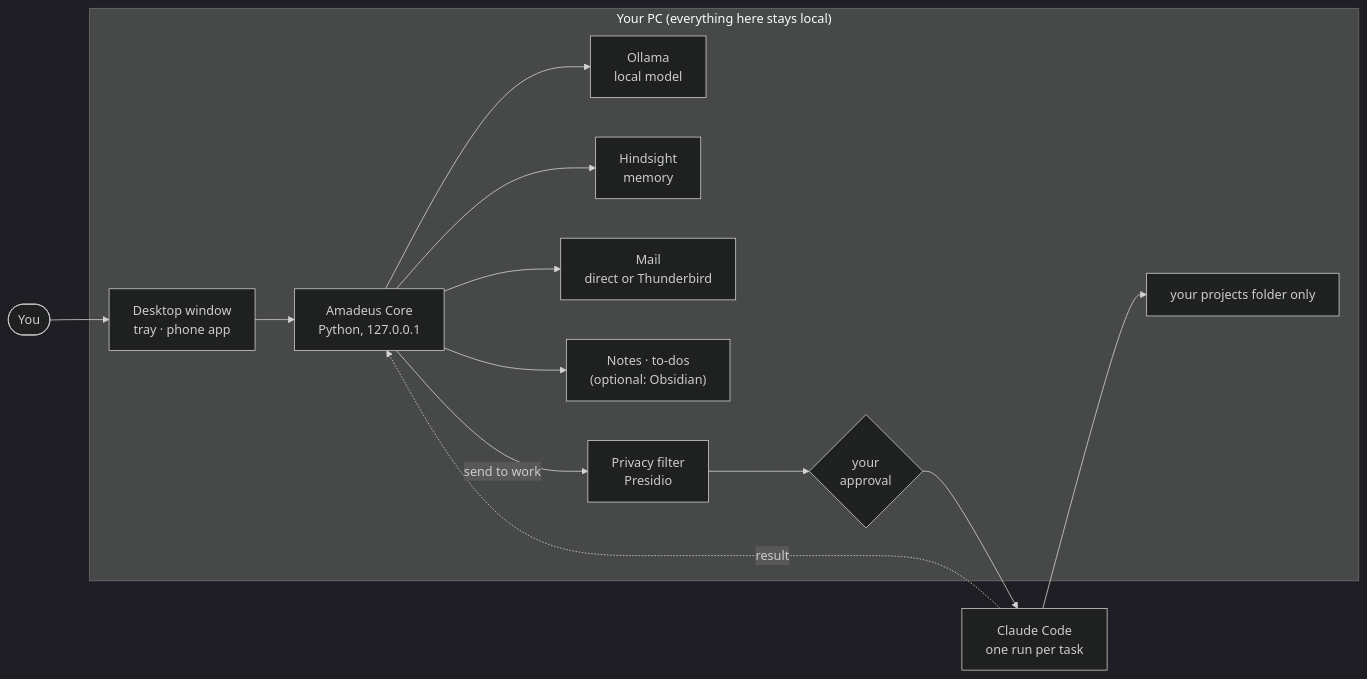
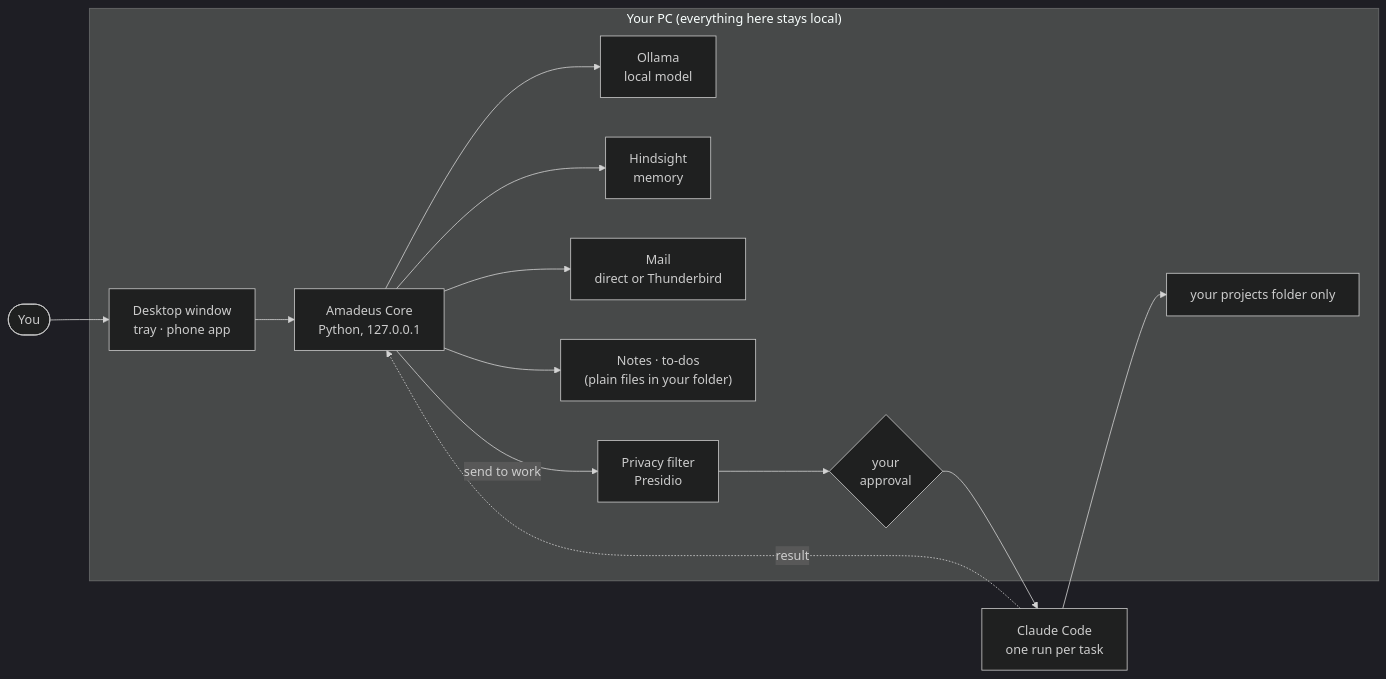
The diagram in README.md (IAbrahamI/Amadeus), drawn with Mermaid (dark theme) before and after one commit. The commit also changed other lines of this file and 37 other files, not shown here.

First line of the commit message:
One folder of plain files instead of the Obsidian connector

````diff
--- a/README.md
+++ b/README.md
@@ -59,26 +59,26 @@
 ```mermaid
 flowchart LR
     you([You]) --> ui["Desktop window<br/>tray · phone app"]
     ui --> core["Amadeus Core<br/>Python, 127.0.0.1"]
     core --> llm["Ollama<br/>local model"]
     core --> mem["Hindsight<br/>memory"]
     core --> tb["Mail<br/>direct or Thunderbird"]
-    core --> vault["Notes · to-dos<br/>(optional: Obsidian)"]
+    core --> vault["Notes · to-dos<br/>(plain files in your folder)"]
     core -- "send to work" --> filter["Privacy filter<br/>Presidio"]
     filter --> ok{"your<br/>approval"}
     ok --> cc["Claude Code<br/>one run per task"]
     cc --> projects["your projects folder only"]
     cc -. result .-> core
 
     subgraph pc ["Your PC (everything here stays local)"]
       ui
       core
       llm
       mem
       tb
       vault
       filter
       ok
       projects
     end
 ```
````
